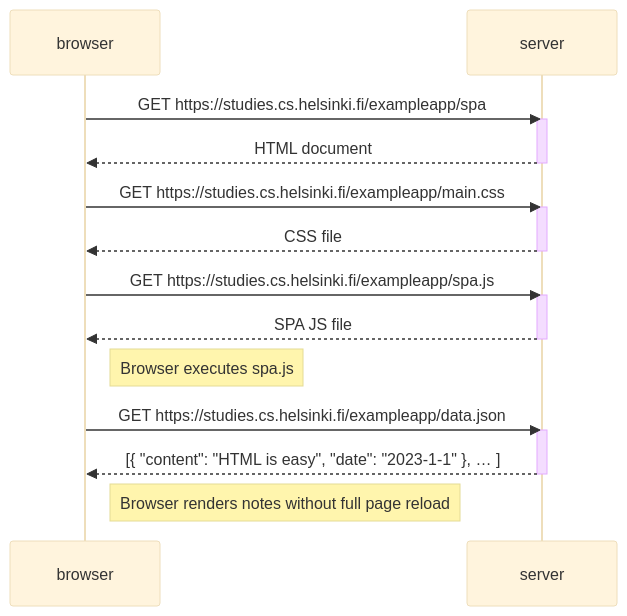
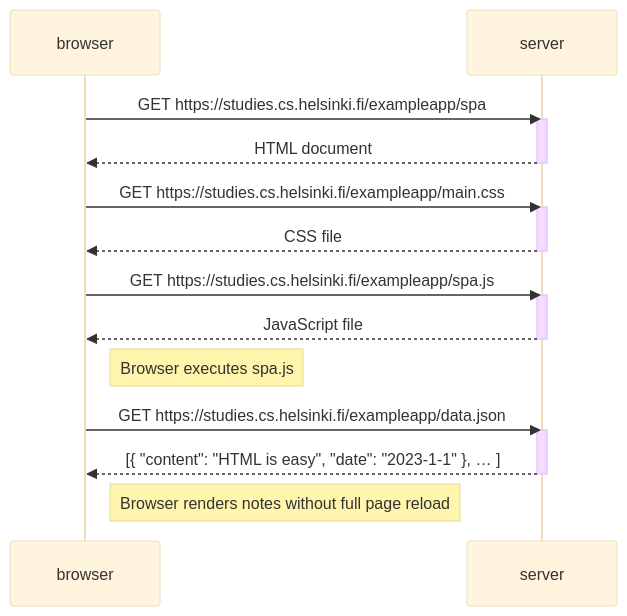
Before and after one commit to jakariyaa/fullstackopen: the diagram in part0/0.5.md, drawn with Mermaid (base theme). The commit also changed 7 other files, not shown here.

````diff
--- a/part0/0.5.md
+++ b/part0/0.5.md
@@ -3,30 +3,30 @@
 ```mermaid
 sequenceDiagram
     participant browser
     participant server
 
     browser->>server: GET https://studies.cs.helsinki.fi/exampleapp/spa
     activate server
     server-->>browser: HTML document
     deactivate server
 
     browser->>server: GET https://studies.cs.helsinki.fi/exampleapp/main.css
     activate server
     server-->>browser: CSS file
     deactivate server
 
     browser->>server: GET https://studies.cs.helsinki.fi/exampleapp/spa.js
     activate server
-    server-->>browser: SPA JS file
+    server-->>browser: JavaScript file
     deactivate server
 
     Note right of browser: Browser executes spa.js
 
     browser->>server: GET https://studies.cs.helsinki.fi/exampleapp/data.json
     activate server
     server-->>browser: [{ "content": "HTML is easy", "date": "2023-1-1" }, … ]
     deactivate server
 
     Note right of browser: Browser renders notes without full page reload
 
 ```
````
